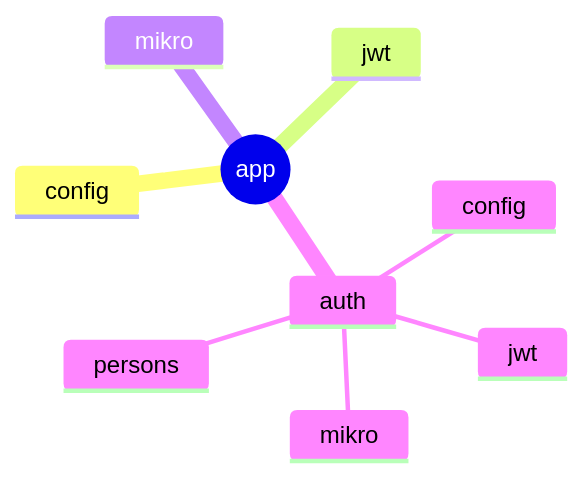
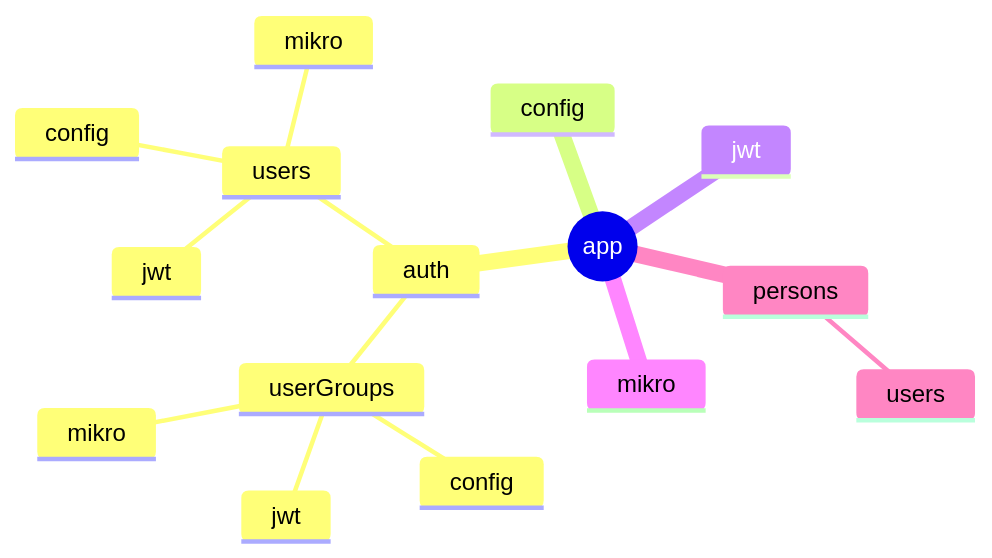
The diagram in docs/nestjs.md (virtualitems/nestjs-users), drawn with Mermaid before and after one commit.

Commit message:
Update mindmap structure in documentation to reflect user groups organization

````diff
--- a/docs/nestjs.md
+++ b/docs/nestjs.md
@@ -3,12 +3,18 @@
 ```mermaid
 mindmap
     root((app))
+        auth
+            userGroups
+                config
+                jwt
+                mikro
+            users
+                config
+                jwt
+                mikro
         config
         jwt
         mikro
-        auth
-            config
-            jwt
-            mikro
-            persons
+        persons
+            users
 ```
````
